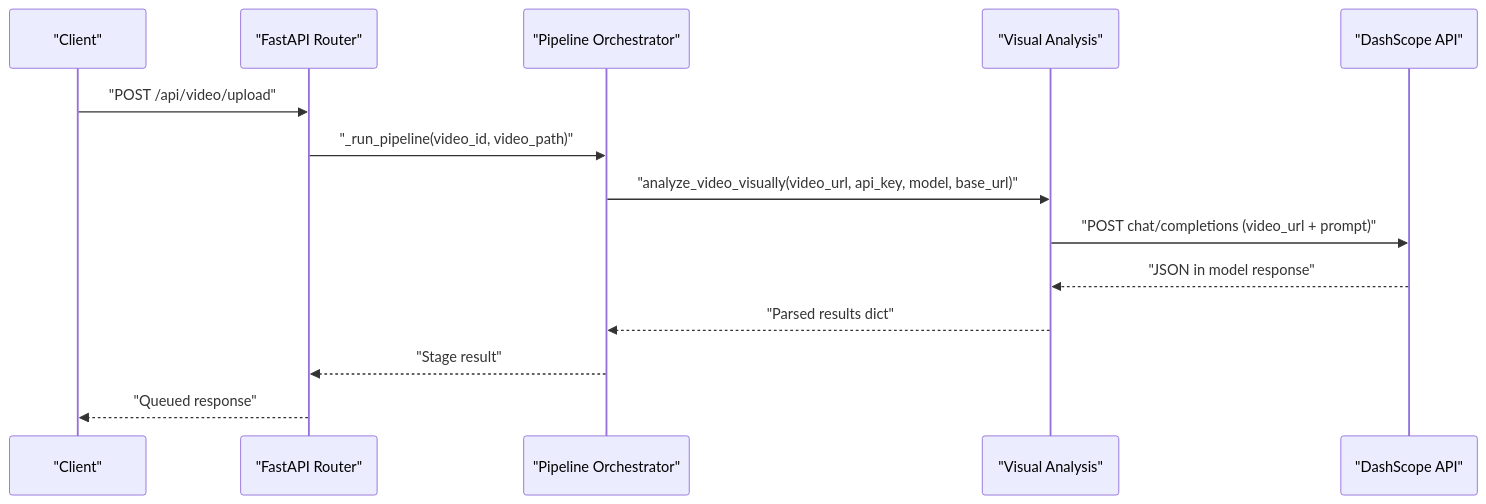
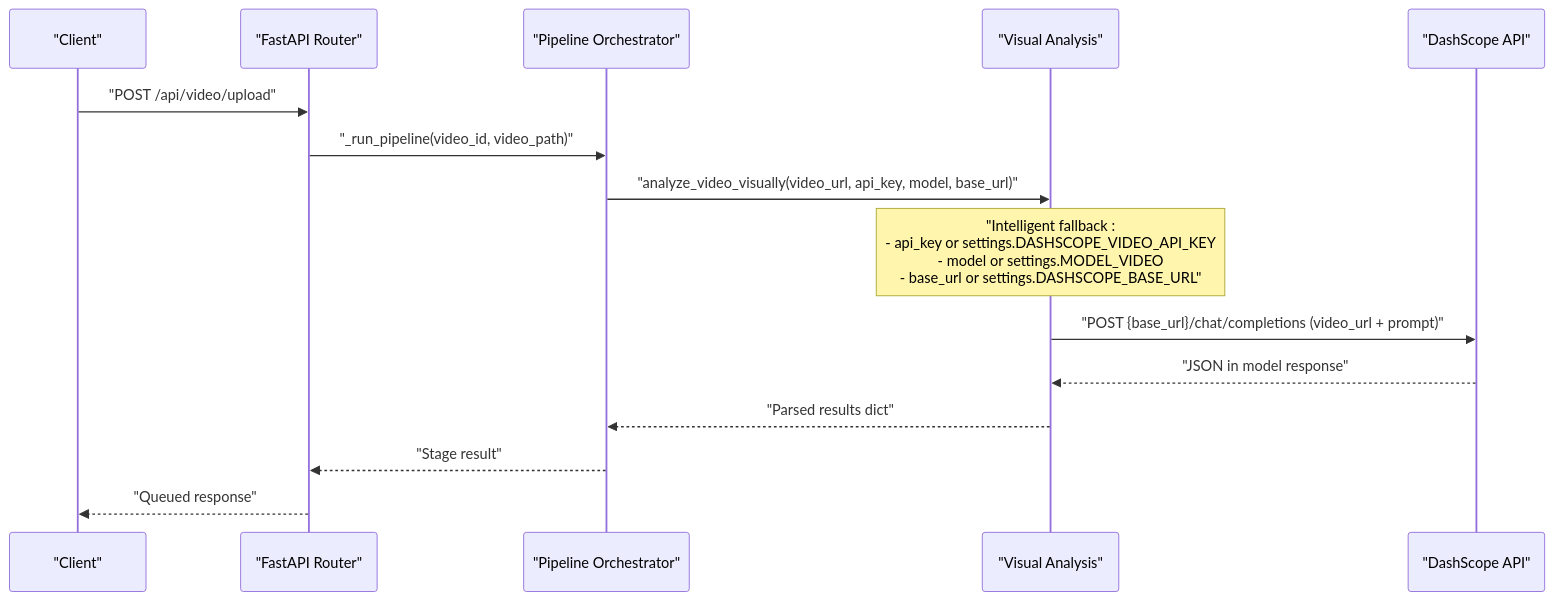
One commit to alexandreybasta-cyber/dubai-media-ai changed the second of 6 diagrams in .qoder/repowiki/en/content/Media Processing Pipeline/Visual Analysis Stage.md. Above: the diagram before and after it, drawn with Mermaid. The commit also changed other lines of this file and 25 other files, not shown here.

````diff
--- a/.qoder/repowiki/en/content/Media Processing Pipeline/Visual Analysis Stage.md
+++ b/.qoder/repowiki/en/content/Media Processing Pipeline/Visual Analysis Stage.md
@@ -93,16 +101,17 @@
 ```mermaid
 sequenceDiagram
 participant Client as "Client"
 participant Router as "FastAPI Router"
 participant Orchestrator as "Pipeline Orchestrator"
 participant VA as "Visual Analysis"
 participant DS as "DashScope API"
 Client->>Router : "POST /api/video/upload"
 Router->>Orchestrator : "_run_pipeline(video_id, video_path)"
 Orchestrator->>VA : "analyze_video_visually(video_url, api_key, model, base_url)"
-VA->>DS : "POST chat/completions (video_url + prompt)"
+Note over VA : "Intelligent fallback : <br/>- api_key or settings.DASHSCOPE_VIDEO_API_KEY<br/>- model or settings.MODEL_VIDEO<br/>- base_url or settings.DASHSCOPE_BASE_URL"
+VA->>DS : "POST {base_url}/chat/completions (video_url + prompt)"
 DS-->>VA : "JSON in model response"
 VA-->>Orchestrator : "Parsed results dict"
 Orchestrator-->>Router : "Stage result"
 Router-->>Client : "Queued response"
 ```
````
